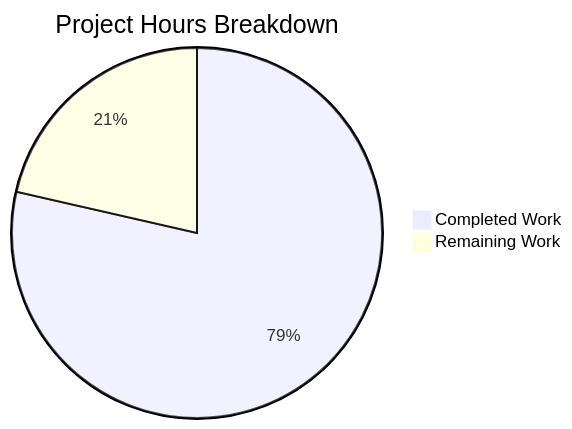
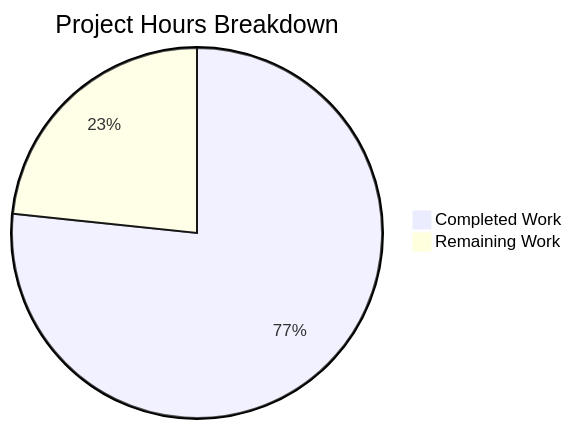
Before and after one commit to Sandeep01Kumar/29-dec-existing-projects-qa-test-3: the diagram in blitzy/documentation/Project Guide.md, drawn with Mermaid. The commit also changed other lines of this file, not shown here.

Commit message:
Adding Blitzy Project Guide: Project Status and Human Tasks Remaining

````diff
--- a/blitzy/documentation/Project Guide.md
+++ b/blitzy/documentation/Project Guide.md
@@ -86,5 +120,5 @@
 ```mermaid
 pie title Project Hours Breakdown
-    "Completed Work" : 11
-    "Remaining Work" : 3
+    "Completed Work" : 23
+    "Remaining Work" : 7
 ```
````
